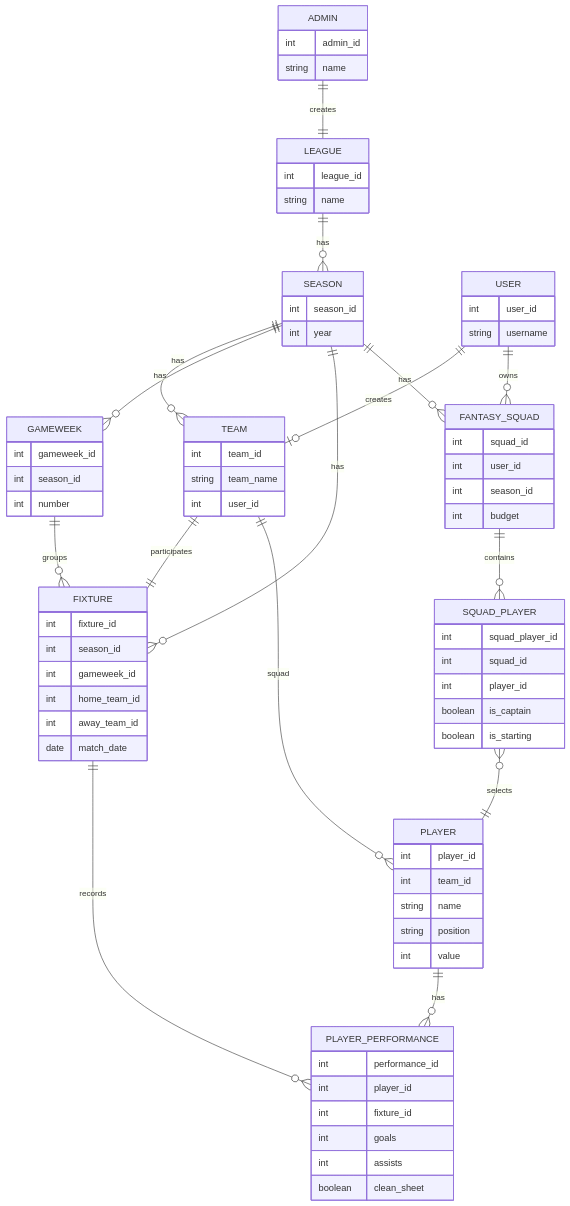
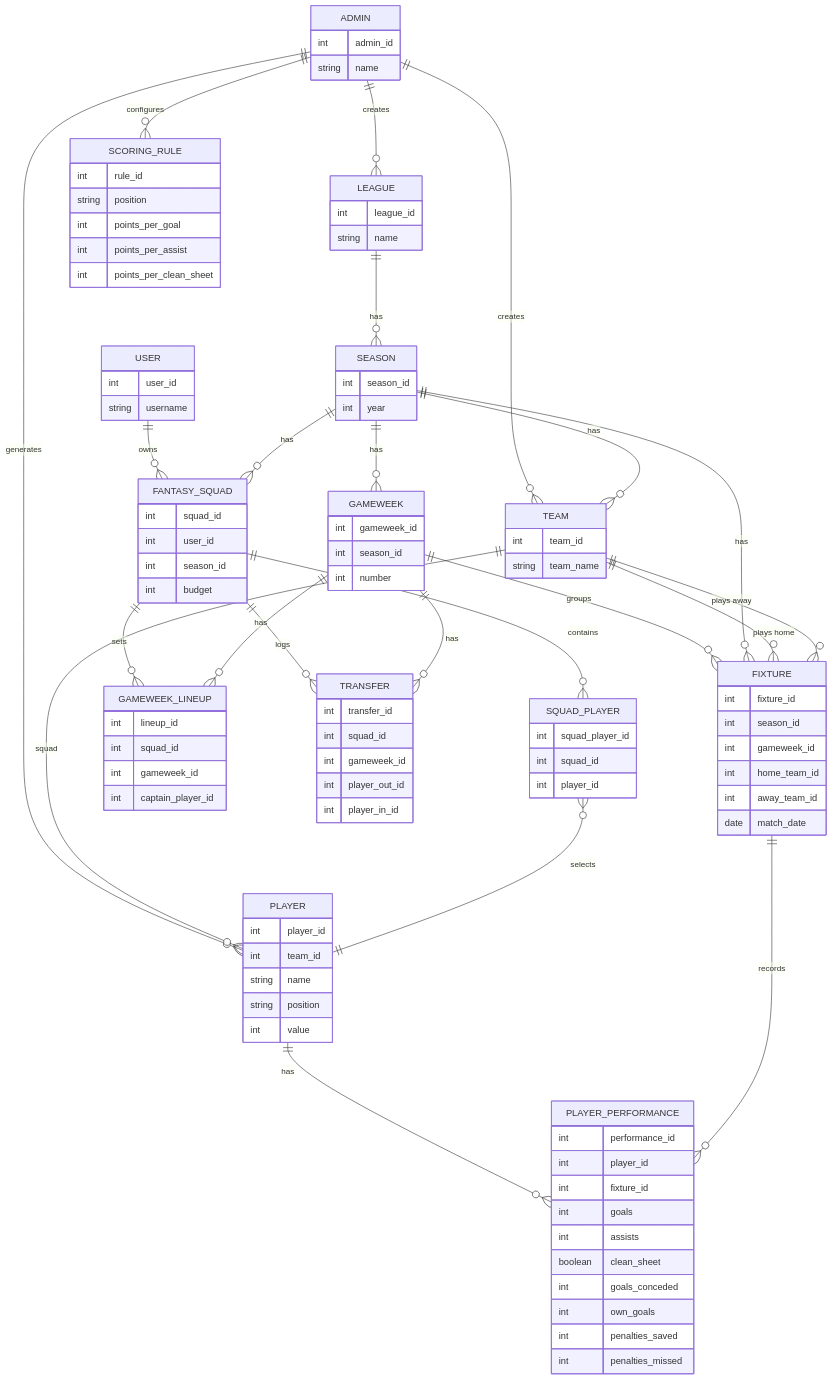
One commit to codemora/fantasy-league changed the second of 2 diagrams in README.md. Above: the diagram before and after it, drawn with Mermaid. The commit also changed other lines of this file, not shown here.

Commit message:
Fix diagram inconsistencies: correct cardinalities, add ScoringRule/Transfer/GameweekLineup to ER diagram
Updated data structures and relationships for fantasy league.

````diff
--- a/README.md
+++ b/README.md
@@ -166,13 +198,16 @@
 ```mermaid
 erDiagram
-ADMIN ||--|| LEAGUE : creates
+ADMIN ||--o{ LEAGUE : creates
+ADMIN ||--o{ TEAM : creates
+ADMIN ||--o{ PLAYER : generates
+ADMIN ||--o{ SCORING_RULE : configures
 LEAGUE ||--o{ SEASON : has
 SEASON ||--o{ TEAM : has
 SEASON ||--o{ GAMEWEEK : has
 GAMEWEEK ||--o{ FIXTURE : groups
 SEASON ||--o{ FIXTURE : has
-USER ||--o| TEAM : creates
-TEAM ||--|| FIXTURE : participates
+TEAM ||--o{ FIXTURE : "plays home"
+TEAM ||--o{ FIXTURE : "plays away"
 TEAM ||--o{ PLAYER : squad
 PLAYER ||--o{ PLAYER_PERFORMANCE : has
 FIXTURE ||--o{ PLAYER_PERFORMANCE : records
@@ -180,6 +215,10 @@
 SEASON ||--o{ FANTASY_SQUAD : has
 FANTASY_SQUAD ||--o{ SQUAD_PLAYER : contains
 SQUAD_PLAYER }o--|| PLAYER : selects
+FANTASY_SQUAD ||--o{ GAMEWEEK_LINEUP : sets
+GAMEWEEK ||--o{ GAMEWEEK_LINEUP : has
+FANTASY_SQUAD ||--o{ TRANSFER : logs
+GAMEWEEK ||--o{ TRANSFER : has
 
 ADMIN{
 int admin_id
@@ -205,7 +244,6 @@
 TEAM {
 int team_id
 string team_name
-int user_id
 }
 
 FIXTURE {
@@ -237,6 +275,18 @@
 int goals
 int assists
 boolean clean_sheet
+int goals_conceded
+int own_goals
+int penalties_saved
+int penalties_missed
+}
+
+SCORING_RULE {
+int rule_id
+string position
+int points_per_goal
+int points_per_assist
+int points_per_clean_sheet
 }
 
 FANTASY_SQUAD {
@@ -250,7 +300,20 @@
 int squad_player_id
 int squad_id
 int player_id
-boolean is_captain
-boolean is_starting
+}
+
+GAMEWEEK_LINEUP {
+int lineup_id
+int squad_id
+int gameweek_id
+int captain_player_id
+}
+
+TRANSFER {
+int transfer_id
+int squad_id
+int gameweek_id
+int player_out_id
+int player_in_id
 }
 ```
````
